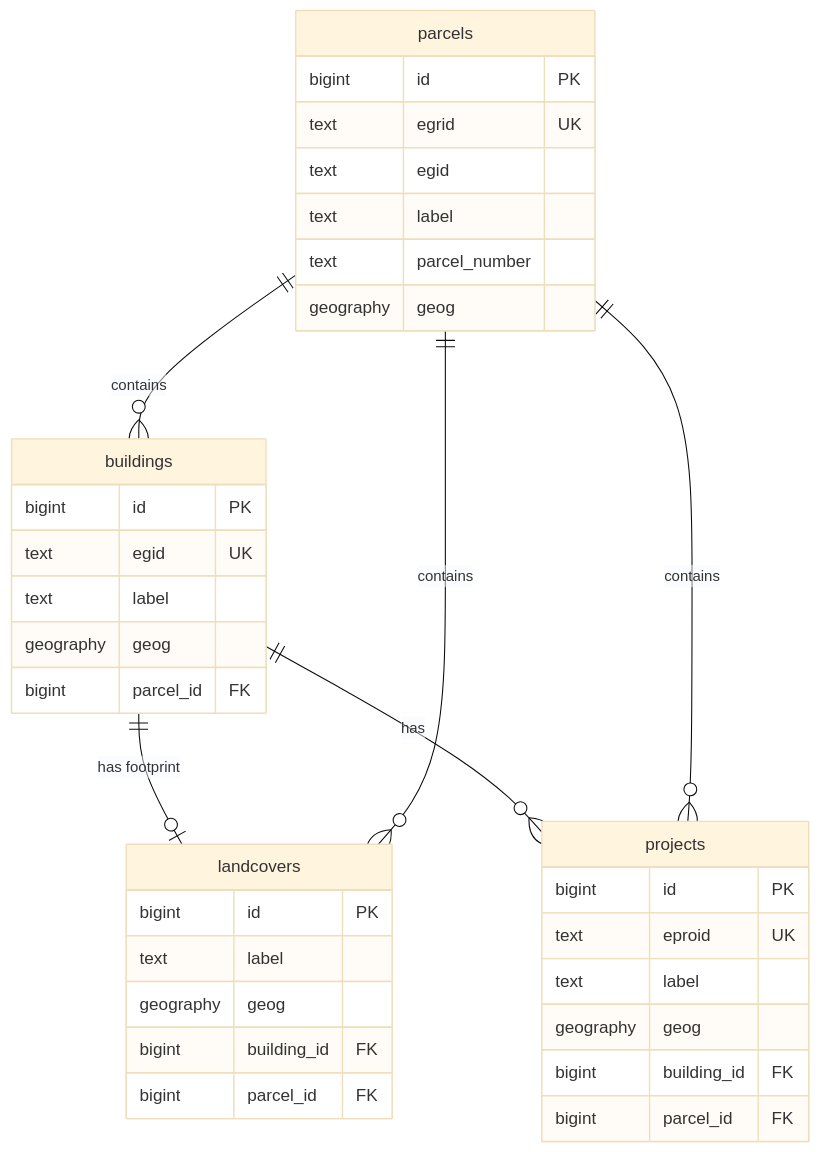
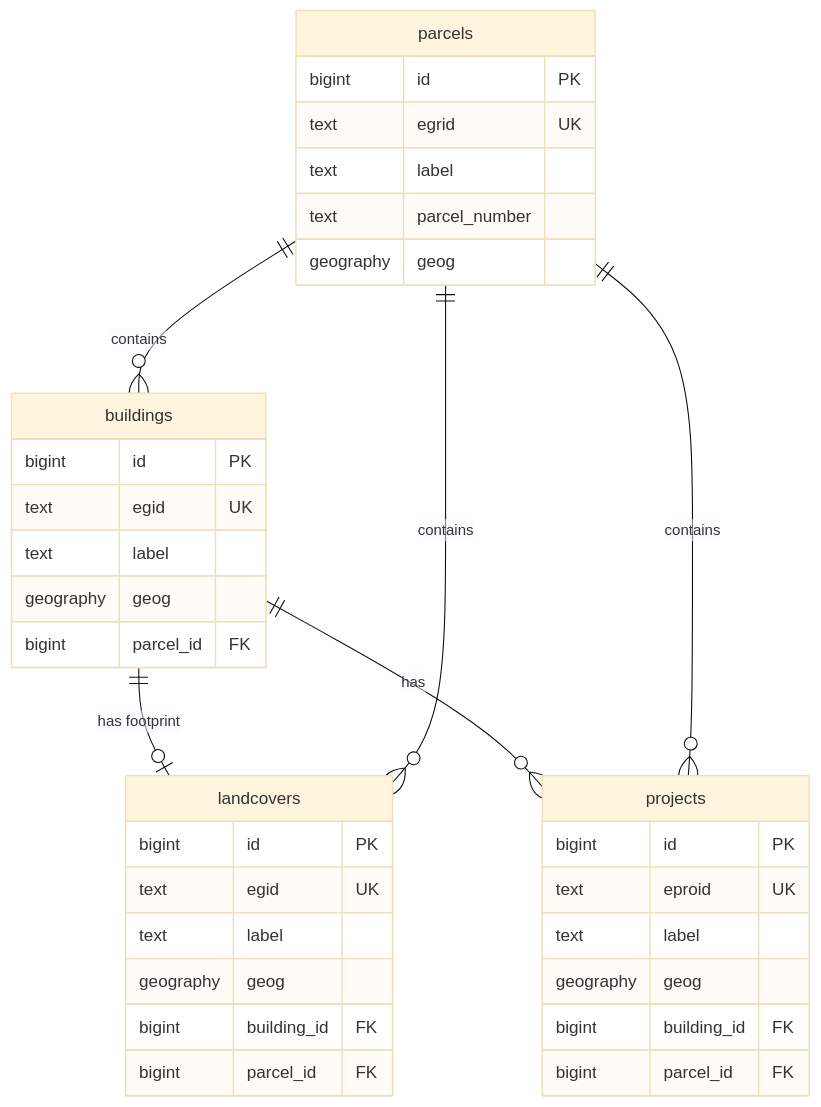
Before and after one commit to davras5/OpenBuildings: the diagram in documentation/DATAMODEL.md, drawn with Mermaid (base theme).

````diff
--- a/documentation/DATAMODEL.md
+++ b/documentation/DATAMODEL.md
@@ -21,42 +21,42 @@
 ```mermaid
 erDiagram
     parcels ||--o{ buildings : "contains"
     buildings ||--o| landcovers : "has footprint"
     parcels ||--o{ landcovers : "contains"
     buildings ||--o{ projects : "has"
     parcels ||--o{ projects : "contains"
 
     buildings {
         bigint id PK
         text egid UK
         text label
         geography geog
         bigint parcel_id FK
     }
 
     parcels {
         bigint id PK
         text egrid UK
-        text egid
         text label
         text parcel_number
         geography geog
     }
 
     landcovers {
         bigint id PK
+        text egid UK
         text label
         geography geog
         bigint building_id FK
         bigint parcel_id FK
     }
 
     projects {
         bigint id PK
         text eproid UK
         text label
         geography geog
         bigint building_id FK
         bigint parcel_id FK
     }
 ```
````
